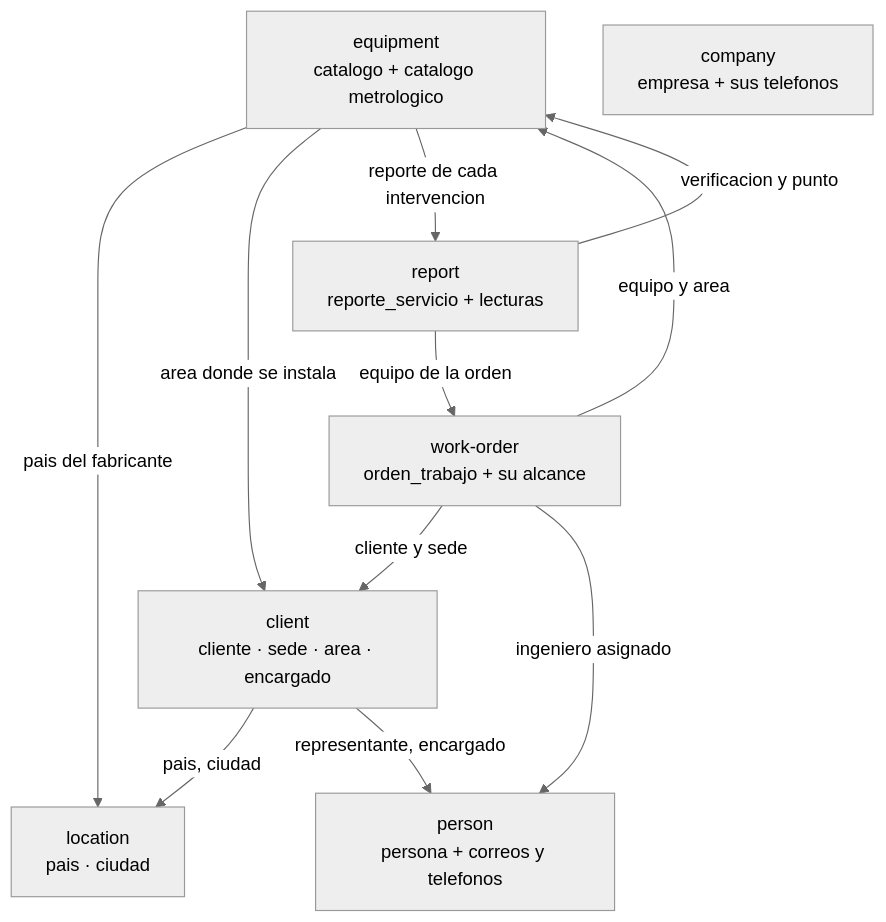
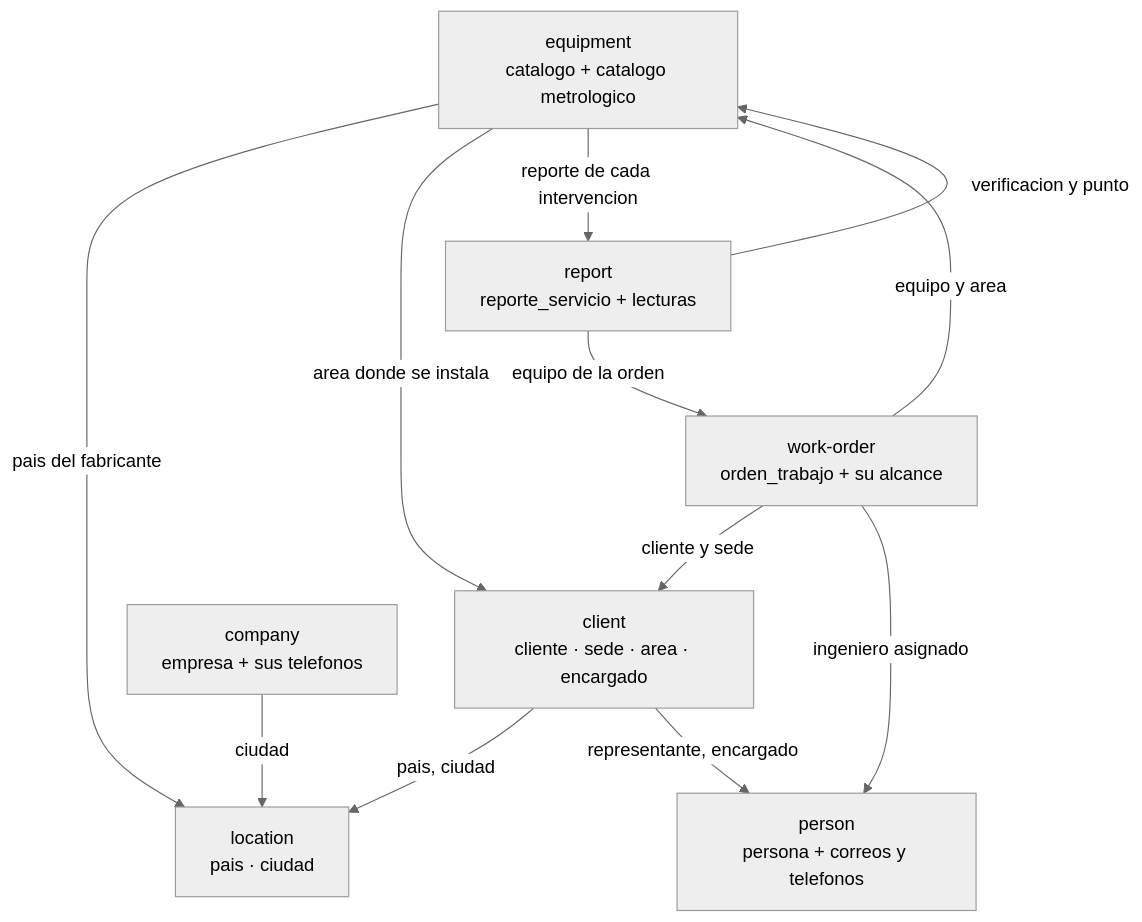
The first of 11 diagrams in SecondBrain/wiki/base-de-datos/esquema-bd-malphasos.md (SeanBol222/MalphasOs), drawn with Mermaid (neutral theme) before and after one commit. The commit also changed other lines of this file and 7 other files, not shown here.

First line of the commit message:
docs: V44 in the schema note, the changelog and the plan

````diff
--- a/SecondBrain/wiki/base-de-datos/esquema-bd-malphasos.md
+++ b/SecondBrain/wiki/base-de-datos/esquema-bd-malphasos.md
@@ -241,21 +245,23 @@
 ```mermaid
 graph TD
     location["location<br/>pais · ciudad"]
     person["person<br/>persona + correos y telefonos"]
     client["client<br/>cliente · sede · area · encargado"]
     equipment["equipment<br/>catalogo + catalogo metrologico"]
     workorder["work-order<br/>orden_trabajo + su alcance"]
     report["report<br/>reporte_servicio + lecturas"]
     company["company<br/>empresa + sus telefonos"]
+
+    company -->|ciudad| location
 
     client -->|pais, ciudad| location
     client -->|representante, encargado| person
     equipment -->|pais del fabricante| location
     equipment -->|area donde se instala| client
     equipment -->|reporte de cada intervencion| report
     workorder -->|cliente y sede| client
     workorder -->|ingeniero asignado| person
     workorder -->|equipo y area| equipment
     report -->|equipo de la orden| workorder
     report -->|verificacion y punto| equipment
 ```
````
